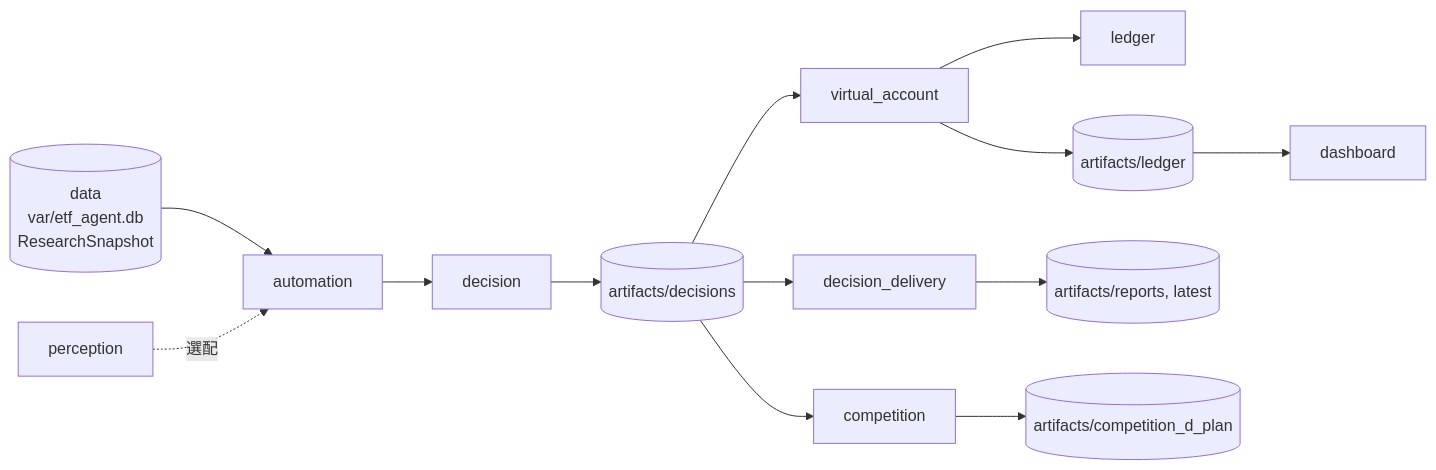
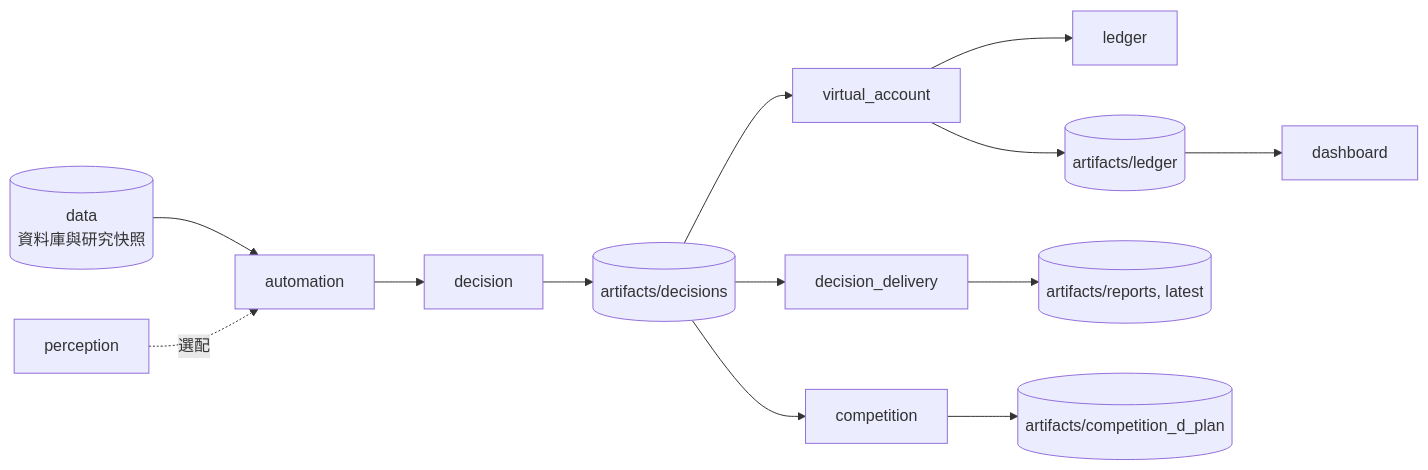
Before and after one commit to zxcvb8885123/ETF-AGENTS: the second of 2 diagrams in docs/modules.md, drawn with Mermaid. The commit also changed other lines of this file and 5 other files, not shown here.

````diff
--- a/docs/modules.md
+++ b/docs/modules.md
@@ -81,15 +109,15 @@
 ```mermaid
 flowchart LR
-    data[(data<br/>var/etf_agent.db<br/>ResearchSnapshot)] --> automation
+    data[(data<br/>資料庫與研究快照)] --> automation
     perception -. 選配 .-> automation
     automation --> decision
     decision --> store[(artifacts/decisions)]
     store --> decision_delivery
     store --> virtual_account
     store --> competition
     virtual_account --> ledger
     virtual_account --> acct[(artifacts/ledger)]
     acct --> dashboard
     decision_delivery --> reports[(artifacts/reports, latest)]
     competition --> dplan[(artifacts/competition_d_plan)]
 ```
````
